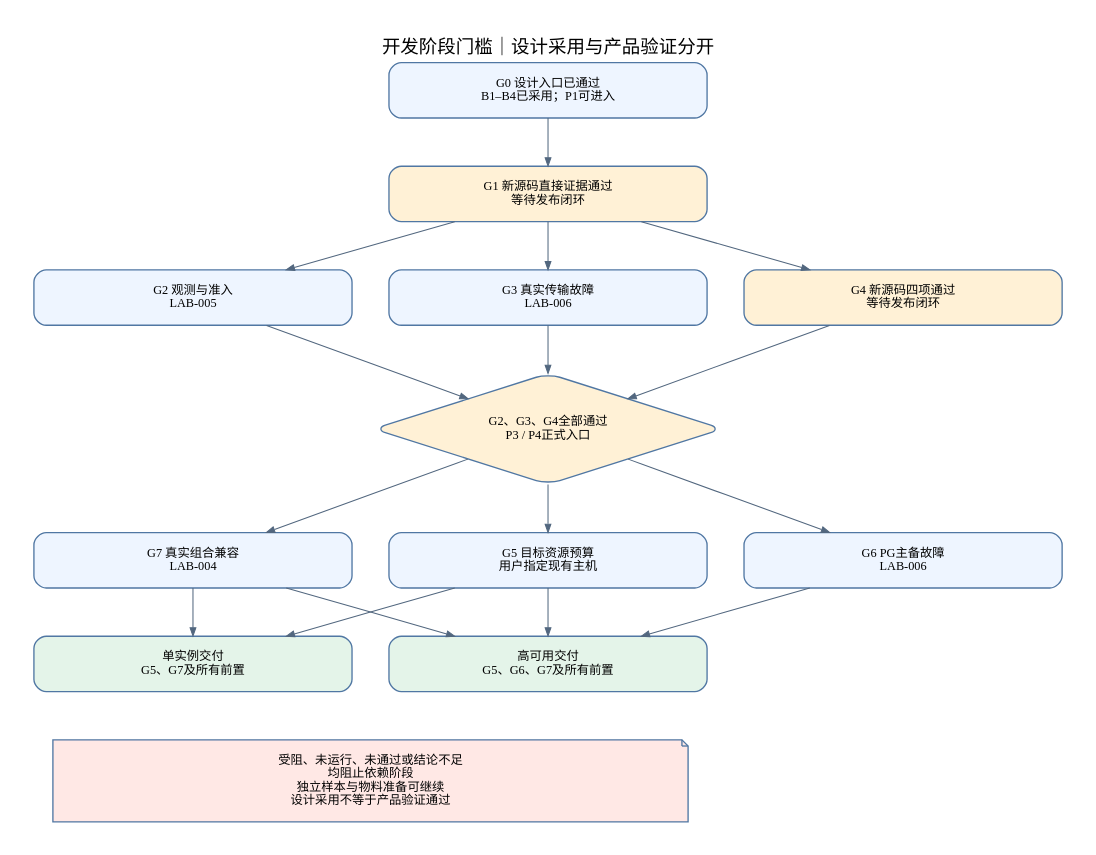
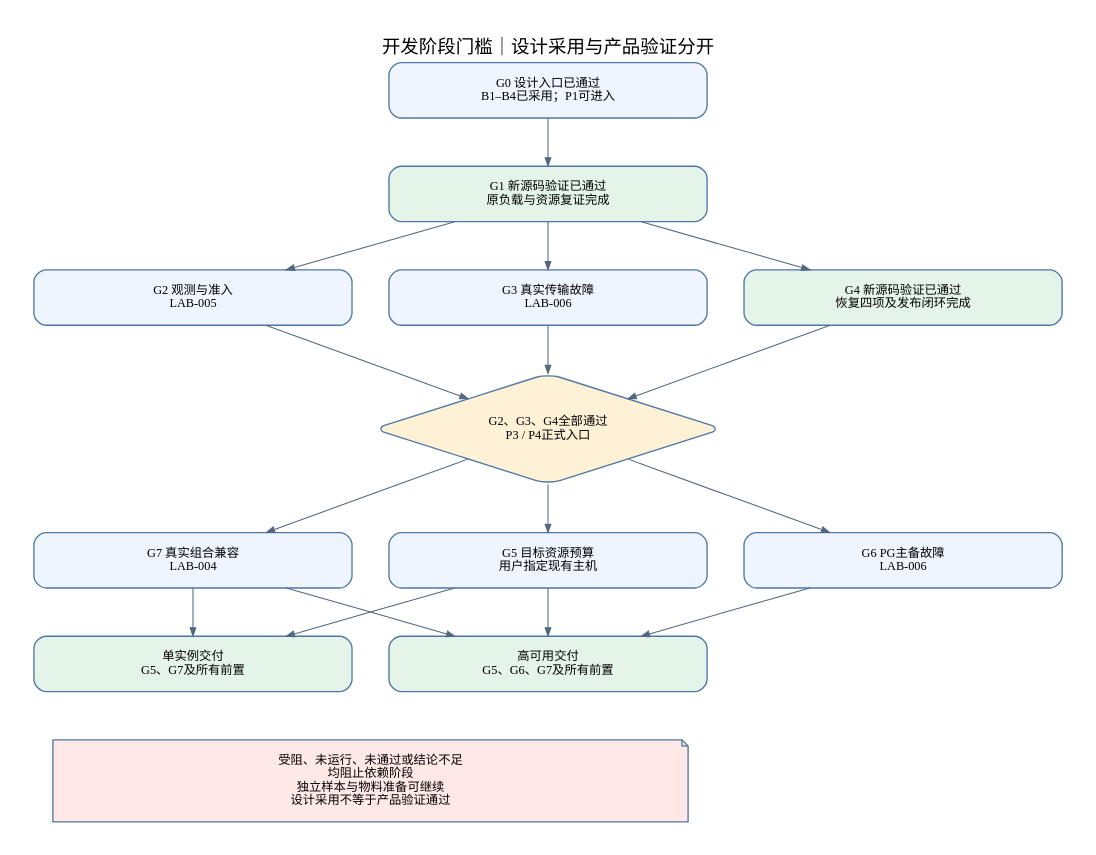
The diagram in docs/architecture/diagrams/v0.7/06-delivery-dependencies.dot (wyw-ai/loom-oi), drawn with Graphviz before and after one commit. The commit also changed 24 other files, not shown here.

```diff
--- a/docs/architecture/diagrams/v0.7/06-delivery-dependencies.dot
+++ b/docs/architecture/diagrams/v0.7/06-delivery-dependencies.dot
@@ -1,23 +1,23 @@
 digraph G {
 graph [bgcolor="white",pad="0.35",nodesep="0.5",ranksep="0.65",fontname="Noto Sans SC",fontsize=18,labelloc="t",splines=polyline];
 node [shape=box,style="rounded,filled",fillcolor="#eef5ff",color="#5077a3",fontname="Noto Sans SC",fontsize=12,width=4.3,margin="0.35,0.2",penwidth=1.3];
 edge [color="#52677f",fontname="Noto Sans SC",fontsize=10,arrowsize=0.8];
 rankdir=TB;label="开发阶段门槛｜设计采用与产品验证分开";
  g0[label="G0 设计入口已通过\nB1–B4已采用；P1可进入"];
- g1[label="G1 新源码直接证据通过\n等待发布闭环",fillcolor="#fff1d6"];
+ g1[label="G1 新源码验证已通过\n原负载与资源复证完成",fillcolor="#e4f4e9"];
  g2[label="G2 观测与准入\nLAB-005"];
  g3[label="G3 真实传输故障\nLAB-006"];
- g4[label="G4 新源码四项通过\n等待发布闭环",fillcolor="#fff1d6"];
+ g4[label="G4 新源码验证已通过\n恢复四项及发布闭环完成",fillcolor="#e4f4e9"];
  gate[label="G2、G3、G4全部通过\nP3 / P4正式入口",shape=diamond,fillcolor="#fff1d6"];
  g5[label="G5 目标资源预算\n用户指定现有主机"];
  g6[label="G6 PG主备故障\nLAB-006"];
  g7[label="G7 真实组合兼容\nLAB-004"];
  single[label="单实例交付\nG5、G7及所有前置",fillcolor="#e4f4e9"];
  ha[label="高可用交付\nG5、G6、G7及所有前置",fillcolor="#e4f4e9"];
  g0->g1;g1->g2;g1->g3;g1->g4;{rank=same;g2;g3;g4;}
  g2->gate;g3->gate;g4->gate;gate->g5;gate->g6;gate->g7;{rank=same;g5;g6;g7;}
  g5->single;g7->single;g5->ha;g6->ha;g7->ha;
  note[label="受阻、未运行、未通过或结论不足\n均阻止依赖阶段\n独立样本与物料准备可继续\n设计采用不等于产品验证通过",width=8.6,shape=note,fillcolor="#ffe8e5"];
  single->note[style=invis];ha->note[style=invis];
 
 }
```
